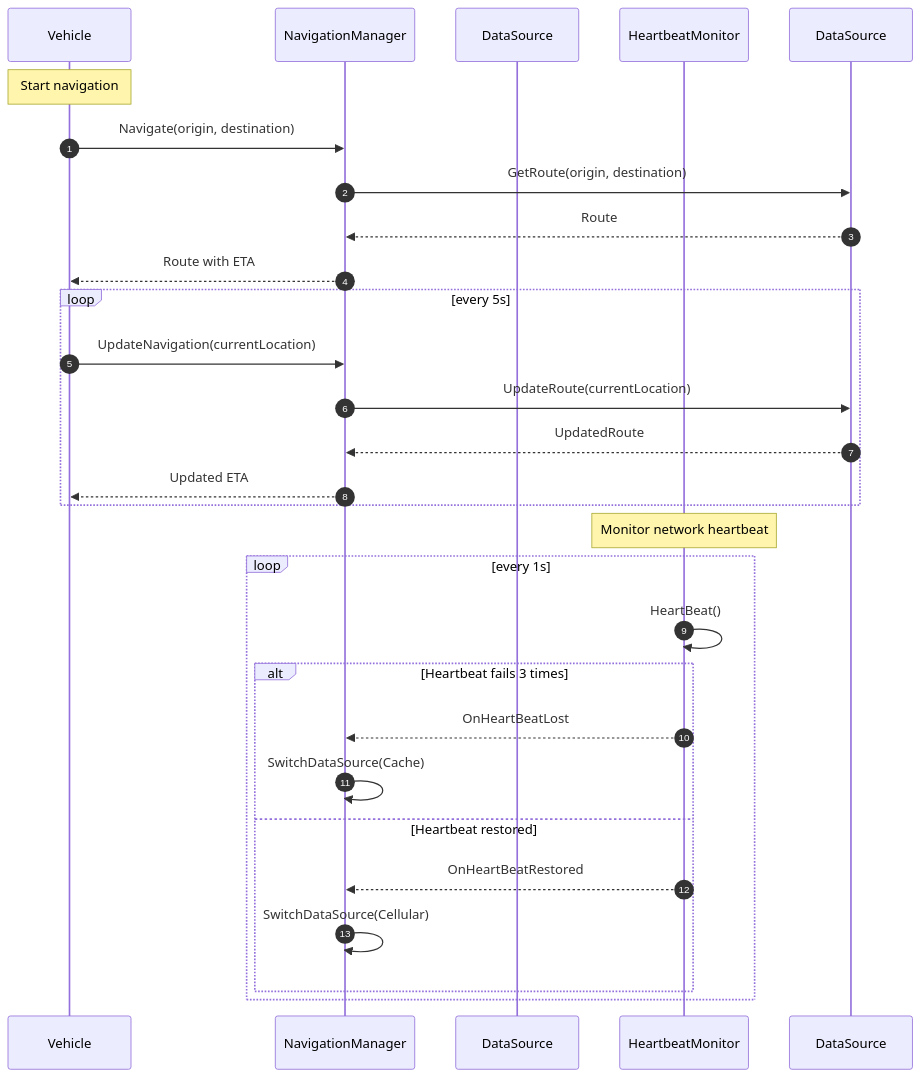
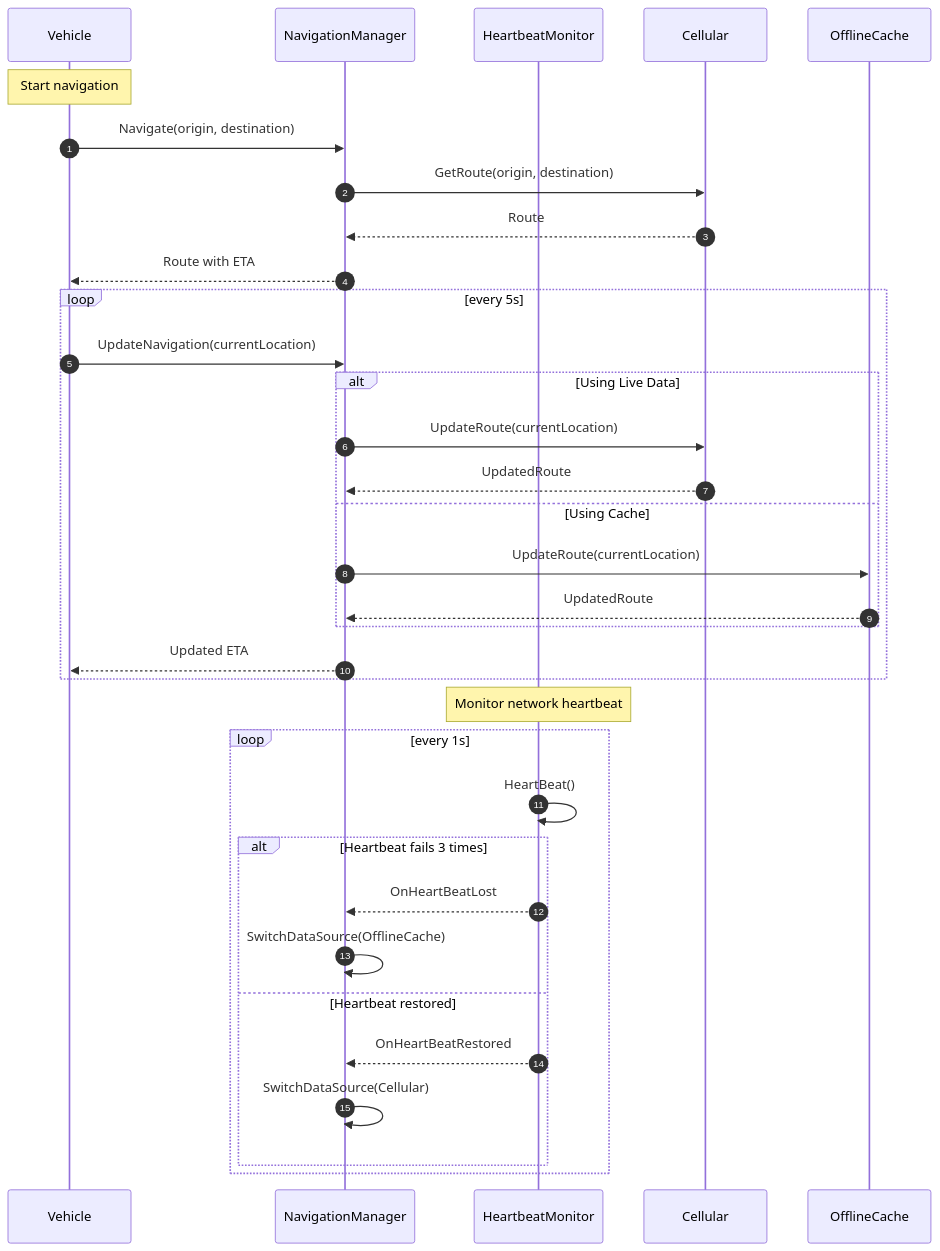
Before and after one commit to kemoycampbell/heartbeat-navigation-system: the second of 2 diagrams in README.md, drawn with Mermaid.

Commit message:
fix the sequence diagram so that the datasource is clear

````diff
--- a/README.md
+++ b/README.md
@@ -168,34 +168,37 @@
 ``` mermaid
 sequenceDiagram
-    autonumber
-    participant Vehicle
-    participant NavigationManager
-    participant INavigationDataSource as DataSource
-    participant HeartbeatMonitor
+  participant Vehicle as Vehicle
+  participant NavigationManager as NavigationManager
+  participant HeartbeatMonitor as HeartbeatMonitor
+  participant Cellular as Cellular
+  participant OfflineCache as OfflineCache
 
-    Note over Vehicle: Start navigation
-    Vehicle->>NavigationManager: Navigate(origin, destination)
-    NavigationManager->>DataSource: GetRoute(origin, destination)
-    DataSource-->>NavigationManager: Route
-    NavigationManager-->>Vehicle: Route with ETA
-
-    loop every 5s
-        Vehicle->>NavigationManager: UpdateNavigation(currentLocation)
-        NavigationManager->>DataSource: UpdateRoute(currentLocation)
-        DataSource-->>NavigationManager: UpdatedRoute
-        NavigationManager-->>Vehicle: Updated ETA
+  autonumber
+  Note over Vehicle: Start navigation
+  Vehicle ->> NavigationManager: Navigate(origin, destination)
+  NavigationManager ->> Cellular: GetRoute(origin, destination)
+  Cellular -->> NavigationManager: Route
+  NavigationManager -->> Vehicle: Route with ETA
+  loop every 5s
+    Vehicle ->> NavigationManager: UpdateNavigation(currentLocation)
+    alt Using Live Data
+      NavigationManager ->> Cellular: UpdateRoute(currentLocation)
+      Cellular -->> NavigationManager: UpdatedRoute
+    else Using Cache
+      NavigationManager ->> OfflineCache: UpdateRoute(currentLocation)
+      OfflineCache -->> NavigationManager: UpdatedRoute
     end
-
-    Note over HeartbeatMonitor: Monitor network heartbeat
-
-    loop every 1s
-        HeartbeatMonitor->>HeartbeatMonitor: HeartBeat()
-        alt Heartbeat fails 3 times
-            HeartbeatMonitor-->>NavigationManager: OnHeartBeatLost
-            NavigationManager->>NavigationManager: SwitchDataSource(Cache)
-        else Heartbeat restored
-            HeartbeatMonitor-->>NavigationManager: OnHeartBeatRestored
-            NavigationManager->>NavigationManager: SwitchDataSource(Cellular)
-        end
+    NavigationManager -->> Vehicle: Updated ETA
+  end
+  Note over HeartbeatMonitor: Monitor network heartbeat
+  loop every 1s
+    HeartbeatMonitor ->> HeartbeatMonitor: HeartBeat()
+    alt Heartbeat fails 3 times
+      HeartbeatMonitor -->> NavigationManager: OnHeartBeatLost
+      NavigationManager ->> NavigationManager: SwitchDataSource(OfflineCache)
+    else Heartbeat restored
+      HeartbeatMonitor -->> NavigationManager: OnHeartBeatRestored
+      NavigationManager ->> NavigationManager: SwitchDataSource(Cellular)
     end
+  end
 ```
````
